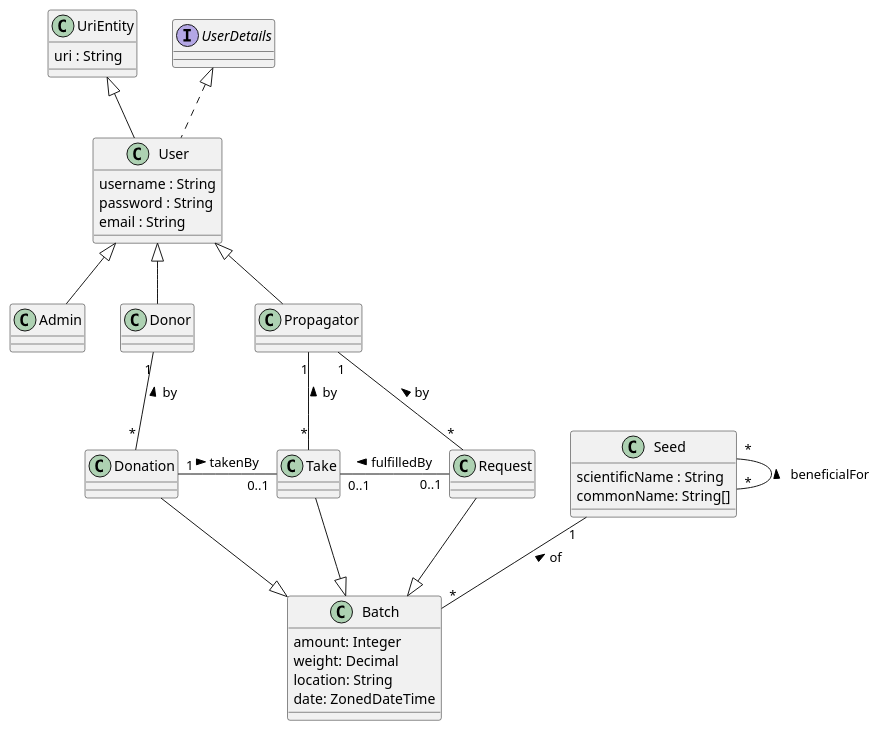
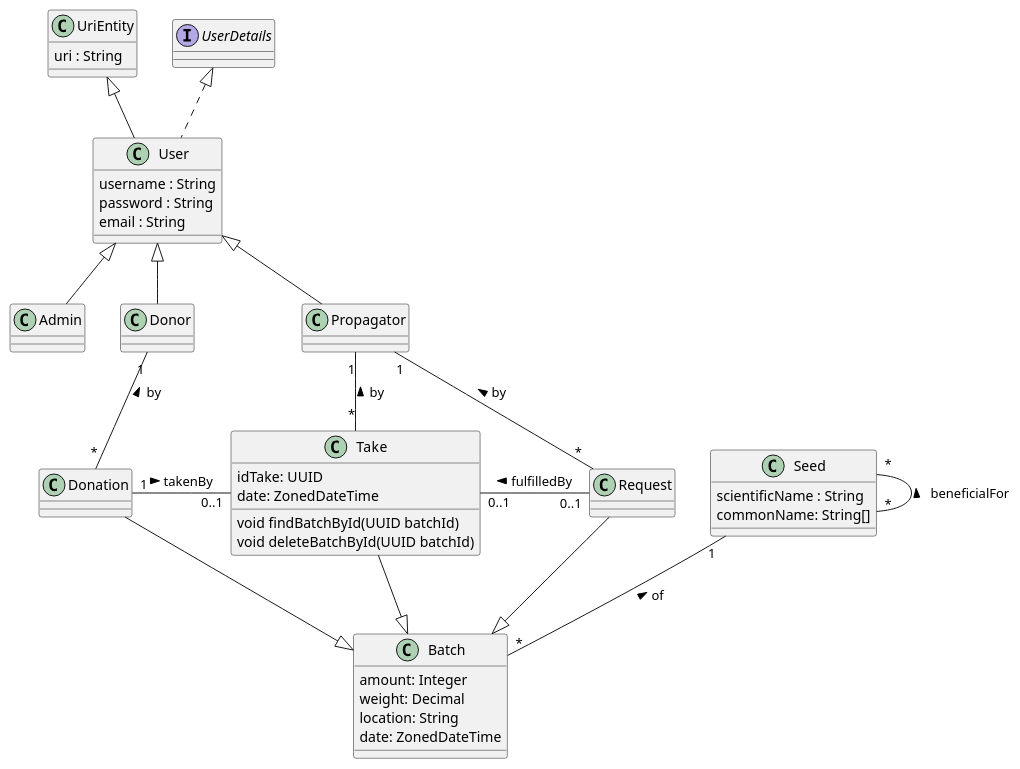
The diagram in EntitiesModel.puml (UdL-EPS-SoftArch/seedbank-gei-api), drawn with PlantUML before and after one commit.

Commit message:
Adds uml with Task designed

```diff
--- a/EntitiesModel.puml
+++ b/EntitiesModel.puml
@@ -1,42 +1,49 @@
 @startuml
 
 class UriEntity {
   uri : String
 }
 class User extends UriEntity implements UserDetails {
   username : String
   password : String
   email : String
 }
 class Admin extends User {
 }
 class Donor extends User {
 }
 class Propagator extends User {
 }
 
 Donor "1" -- "*" Donation : by <
 Propagator "1" -- "*" Take : by <
 Propagator "1" -- "*" Request : by <
 
 class Seed {
   scientificName : String
   commonName: String[]
 }
 Seed "*" -- "*" Seed : beneficialFor <
 Seed "1" -- "*" Batch : of <
 
 class Batch {
   amount: Integer
   weight: Decimal
   location: String
   date: ZonedDateTime
 }
-Take --|> Batch
+
+class Take extends Batch {
+    idTake: UUID
+    date: ZonedDateTime
+
+    void findBatchById(UUID batchId)
+    void deleteBatchById(UUID batchId)
+}
 Donation --|> Batch
 Request --|> Batch
 
 Donation "1" --right-- "0..1" Take : takenBy >
 Request "0..1" --left-- "0..1" Take : fulfilledBy >
 
 @enduml
```
